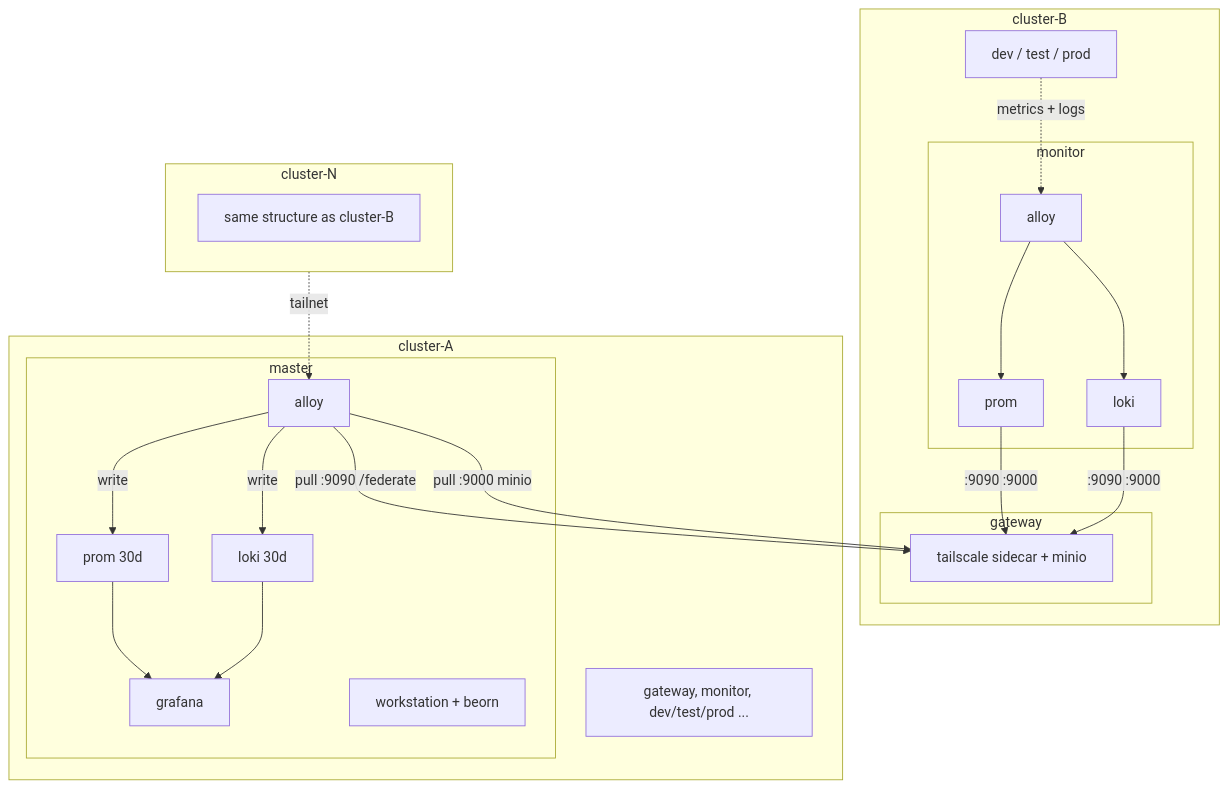
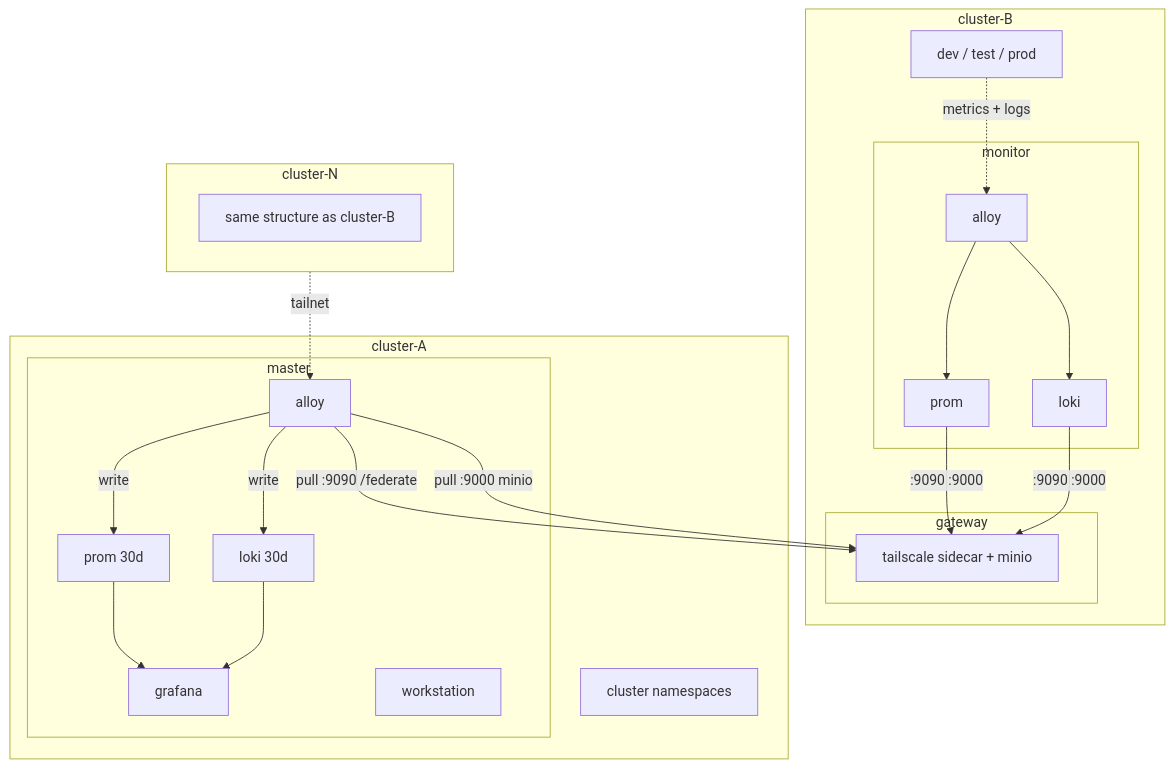
Before and after one commit to Kord96/kordinate: the first of 2 diagrams in docs/infra/infrastructure.md, drawn with Mermaid. The commit also changed other lines of this file, not shown here.

Commit message:
Simplify diagram labels — cluster namespaces, workstation without beorn

````diff
--- a/docs/infra/infrastructure.md
+++ b/docs/infra/infrastructure.md
@@ -22,31 +22,31 @@
 ```mermaid
 flowchart TB
     subgraph CB[cluster-B]
         subgraph gw-b[gateway]
             GWT-B[tailscale sidecar + minio]
         end
         subgraph mon-b[monitor]
             AL-B[alloy] --> PR-B[prom] & LK-B[loki]
         end
         ENV-B[dev / test / prod] -.->|metrics + logs| AL-B
         PR-B & LK-B -->|:9090 :9000| GWT-B
     end
 
     subgraph CA[cluster-A]
         subgraph master[master]
             MA[alloy]
             MA -->|write| MP[prom 30d] & ML[loki 30d]
             MP & ML --> G[grafana]
-            WS[workstation + beorn]
+            WS[workstation]
         end
-        CA-OTHER[gateway, monitor, dev/test/prod ...]
+        CA-OTHER[cluster namespaces]
     end
 
     subgraph CN[cluster-N]
         CN-INNER[same structure as cluster-B]
     end
 
     MA -->|pull :9090 /federate| GWT-B
     MA -->|pull :9000 minio| GWT-B
     CN -.->|tailnet| MA
 ```
````
